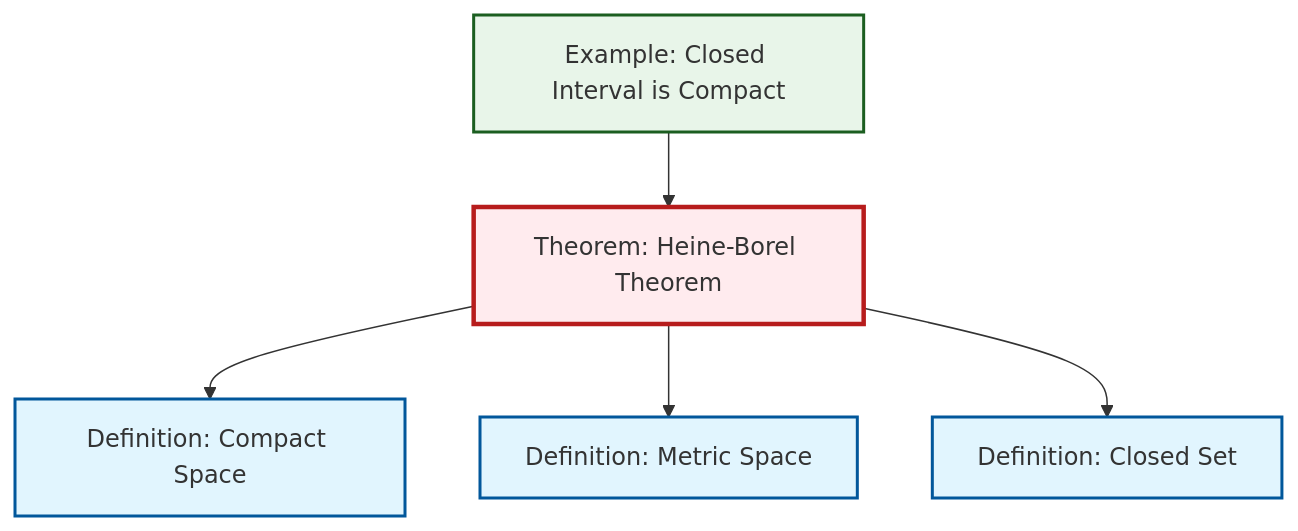
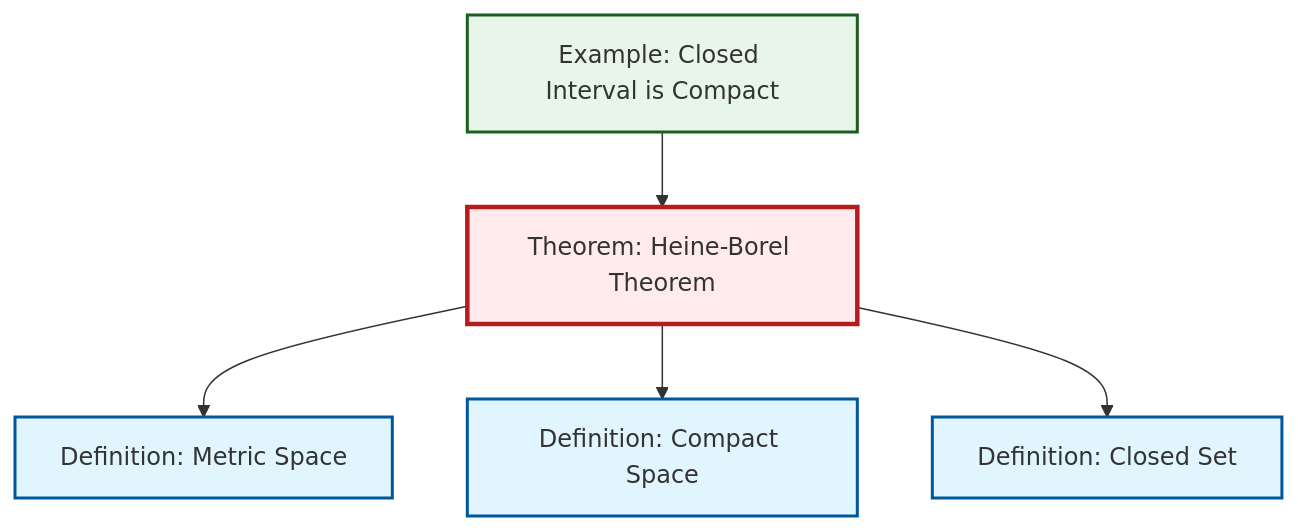
Before and after one commit to RK0429/ModernMath: the diagram in output/mermaid/thm-heine-borel.mermaid, drawn with Mermaid. The commit also changed other lines of this file and 151 other files, not shown here.

````diff
--- a/output/mermaid/thm-heine-borel.mermaid
+++ b/output/mermaid/thm-heine-borel.mermaid
@@ -1,19 +1,19 @@
 ```{mermaid}
 %%| fig-cap: "Local dependency graph"
 graph TD
     classDef definition fill:#e1f5fe,stroke:#01579b,stroke-width:2px
     classDef theorem fill:#f3e5f5,stroke:#4a148c,stroke-width:2px
     classDef axiom fill:#fff3e0,stroke:#e65100,stroke-width:2px
     classDef example fill:#e8f5e9,stroke:#1b5e20,stroke-width:2px
     classDef current fill:#ffebee,stroke:#b71c1c,stroke-width:3px
+    def-closed-set["Definition: Closed Set"]:::definition
+    def-metric-space["Definition: Metric Space"]:::definition
+    thm-heine-borel["Theorem: Heine-Borel Theorem"]:::theorem
+    def-compact["Definition: Compact Space"]:::definition
     ex-closed-interval-compact["Example: Closed Interval is Compact"]:::example
-    def-compact["Definition: Compact Space"]:::definition
-    def-closed-set["Definition: Closed Set"]:::definition
-    thm-heine-borel["Theorem: Heine-Borel Theorem"]:::theorem
-    def-metric-space["Definition: Metric Space"]:::definition
+    ex-closed-interval-compact --> thm-heine-borel
+    thm-heine-borel --> def-metric-space
     thm-heine-borel --> def-compact
-    thm-heine-borel --> def-metric-space
-    ex-closed-interval-compact --> thm-heine-borel
     thm-heine-borel --> def-closed-set
     class thm-heine-borel current
 ```
````
